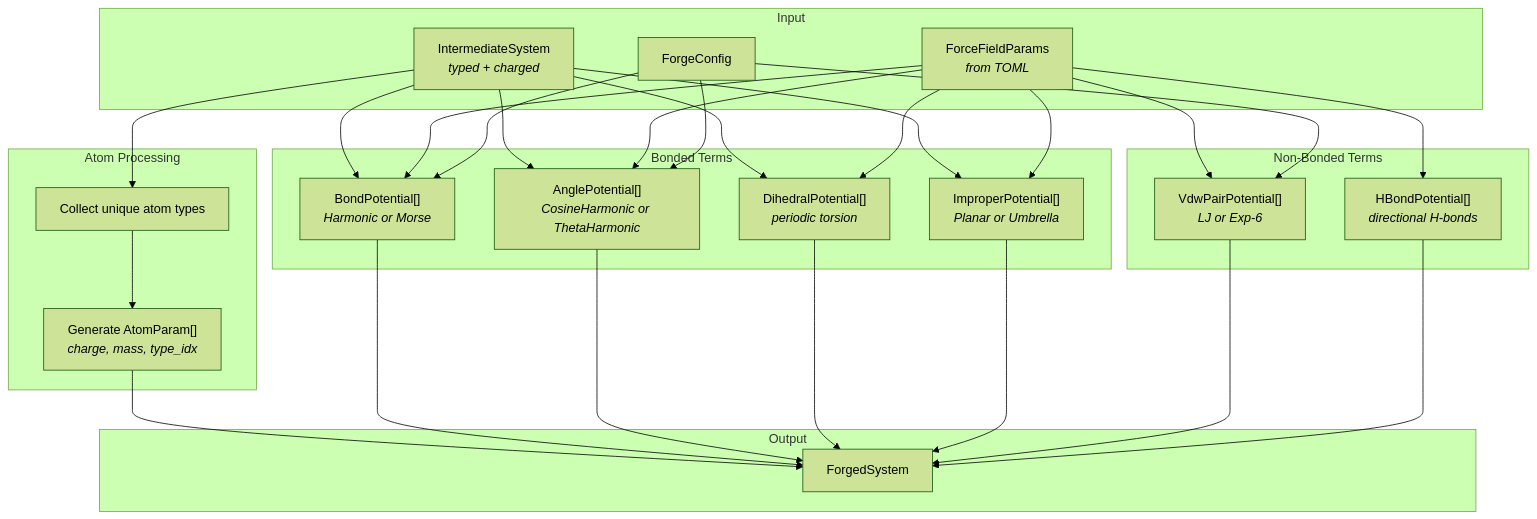
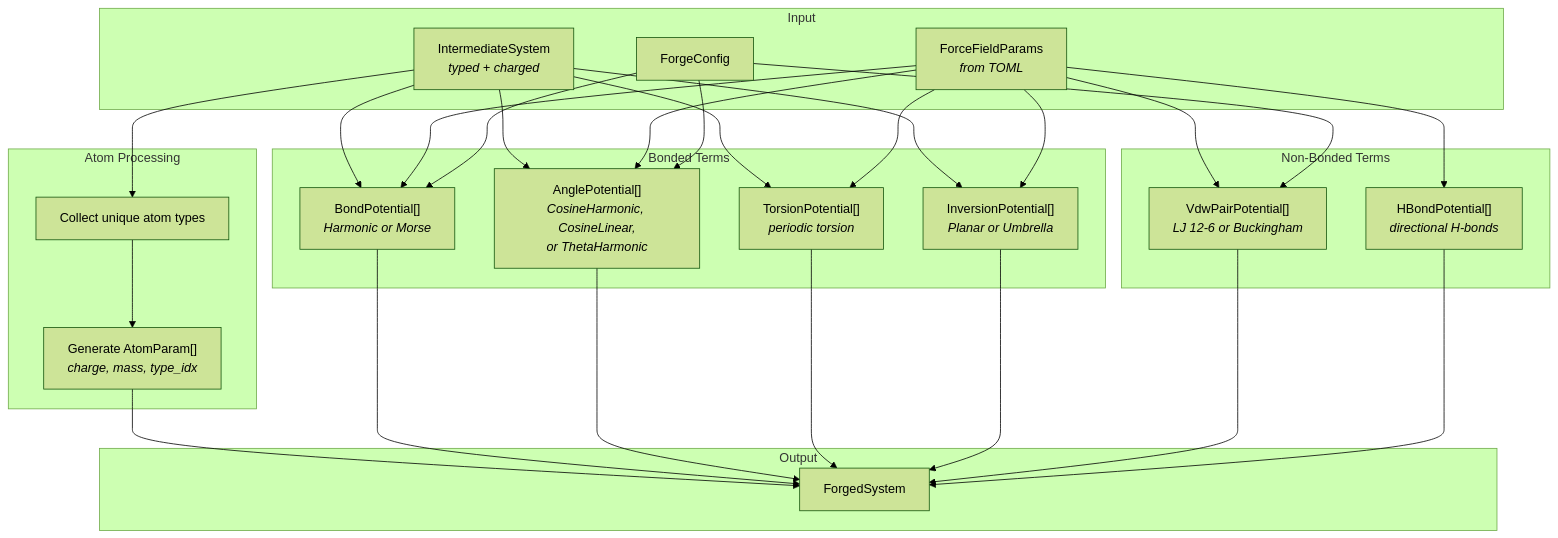
Diagram 12 of 18 in ARCHITECTURE.md (caltechmsc/dreid-forge), drawn with Mermaid (forest theme) before and after one commit. The commit also changed other lines of this file, not shown here.

Commit message:
docs(architecture): Updates architecture docs to integrate dreid-kernel and rename terms

````diff
--- a/ARCHITECTURE.md
+++ b/ARCHITECTURE.md
@@ -621,52 +619,52 @@
 ```mermaid
 flowchart TD
     subgraph "Input"
         INT["IntermediateSystem<br><i>typed + charged</i>"]
         FFP["ForceFieldParams<br><i>from TOML</i>"]
         CFG["ForgeConfig"]
     end
 
     subgraph "Atom Processing"
         AT["Collect unique atom types"]
         AP["Generate AtomParam[]<br><i>charge, mass, type_idx</i>"]
     end
 
     subgraph "Bonded Terms"
         BP["BondPotential[]<br><i>Harmonic or Morse</i>"]
-        ANG["AnglePotential[]<br><i>CosineHarmonic or ThetaHarmonic</i>"]
-        DIH["DihedralPotential[]<br><i>periodic torsion</i>"]
-        IMP["ImproperPotential[]<br><i>Planar or Umbrella</i>"]
+        ANG["AnglePotential[]<br><i>CosineHarmonic, CosineLinear,<br>or ThetaHarmonic</i>"]
+        TOR["TorsionPotential[]<br><i>periodic torsion</i>"]
+        INV["InversionPotential[]<br><i>Planar or Umbrella</i>"]
     end
 
     subgraph "Non-Bonded Terms"
-        VDW["VdwPairPotential[]<br><i>LJ or Exp-6</i>"]
+        VDW["VdwPairPotential[]<br><i>LJ 12-6 or Buckingham</i>"]
         HB["HBondPotential[]<br><i>directional H-bonds</i>"]
     end
 
     subgraph "Output"
         FS["ForgedSystem"]
     end
 
     INT --> AT --> AP
     INT --> BP
     INT --> ANG
-    INT --> DIH
-    INT --> IMP
+    INT --> TOR
+    INT --> INV
     FFP --> BP
     FFP --> ANG
-    FFP --> DIH
-    FFP --> IMP
+    FFP --> TOR
+    FFP --> INV
     FFP --> VDW
     FFP --> HB
     CFG --> BP
     CFG --> ANG
     CFG --> VDW
 
     AP --> FS
     BP --> FS
     ANG --> FS
-    DIH --> FS
-    IMP --> FS
+    TOR --> FS
+    INV --> FS
     VDW --> FS
     HB --> FS
 ```
````
